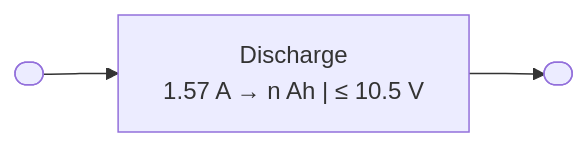
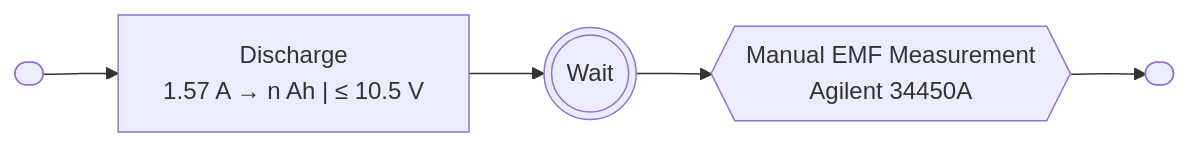
The third of 3 diagrams in Docs/UCT003 SoH Methodology.md (UCT-MARiS/SISPS-EXP-SOH), drawn with Mermaid before and after one commit. The commit also changed other lines of this file and 1 other file, not shown here.

````diff
--- a/Docs/UCT003 SoH Methodology.md
+++ b/Docs/UCT003 SoH Methodology.md
@@ -133,12 +139,16 @@
 ```mermaid
 %%{init: {"flowchart": {"format": svg}} }%%
 flowchart LR
 
 start([ ])
 
 discharge[Discharge<br>1.57 A &rarr; n Ah &vert; &leq; 10.5 V]
+wait(((Wait)))
+emf{{Manual EMF Measurement<br>Agilent 34450A}}
 done([ ])
 
 start --> discharge
-discharge --> done
+discharge --> wait
+wait --> emf
+emf --> done
 ```
````
